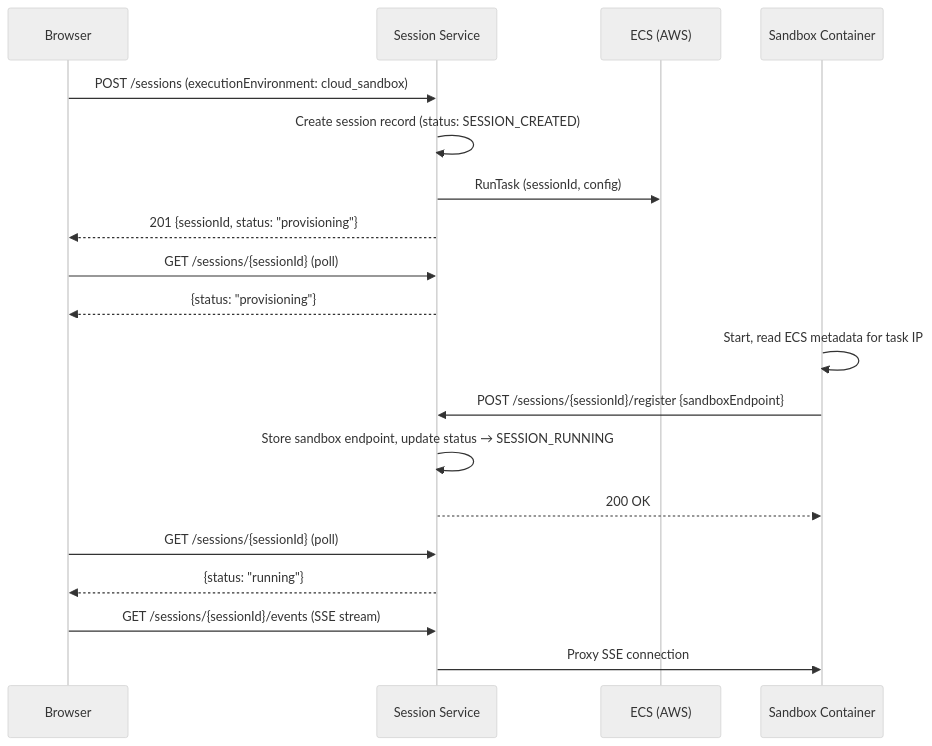
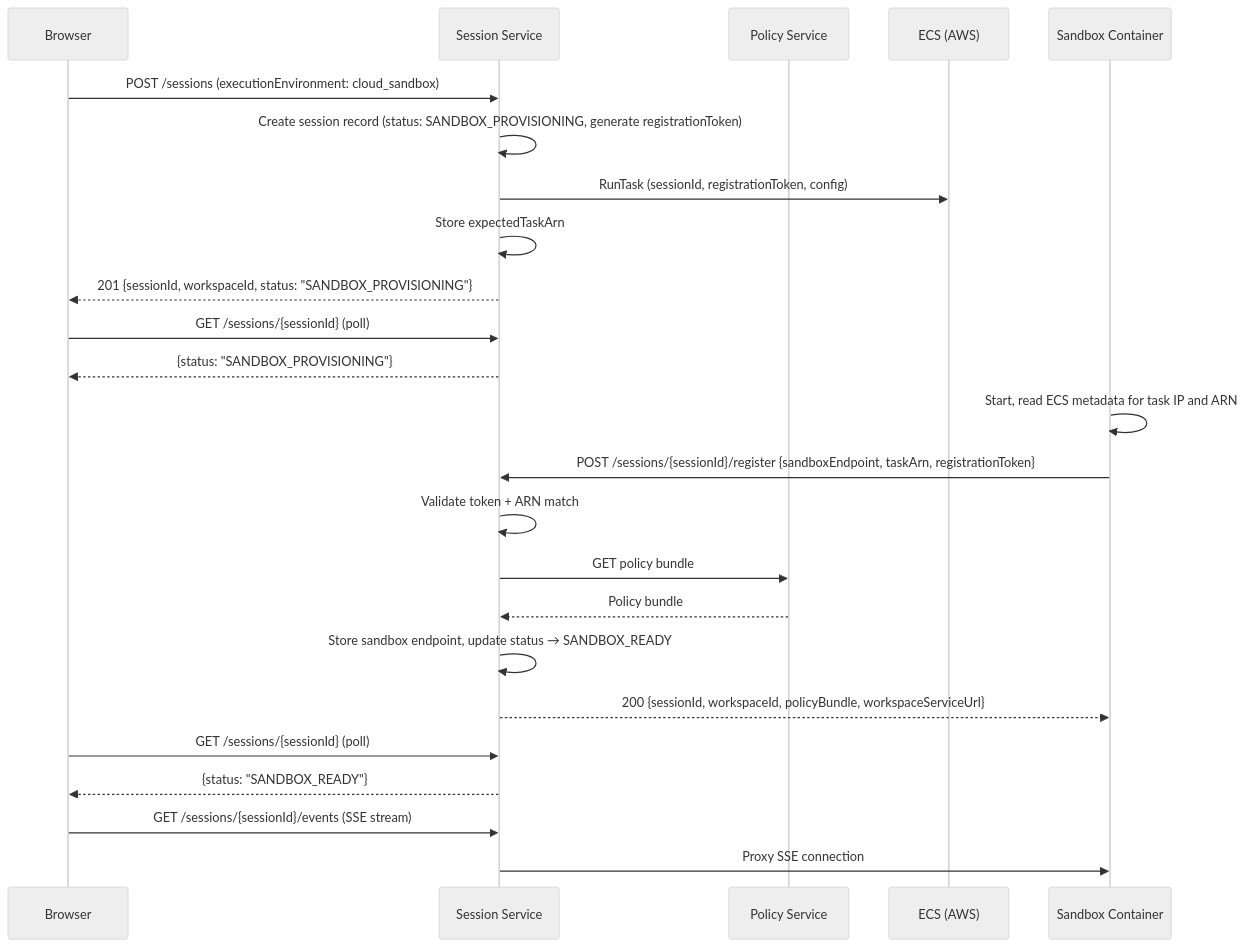
One commit to suman724/cowork-infra changed the second of 6 diagrams in docs/components/web-execution.md. Above: the diagram before and after it, drawn with Mermaid (neutral theme). The commit also changed other lines of this file and 10 other files, not shown here.

````diff
--- a/docs/components/web-execution.md
+++ b/docs/components/web-execution.md
@@ -95,25 +95,30 @@
 ```mermaid
 sequenceDiagram
   participant Browser as Browser
   participant SS as Session Service
+  participant PS as Policy Service
   participant ECS as ECS (AWS)
   participant Sandbox as Sandbox Container
 
   Browser->>SS: POST /sessions (executionEnvironment: cloud_sandbox)
-  SS->>SS: Create session record (status: SESSION_CREATED)
-  SS->>ECS: RunTask (sessionId, config)
-  SS-->>Browser: 201 {sessionId, status: "provisioning"}
+  SS->>SS: Create session record (status: SANDBOX_PROVISIONING, generate registrationToken)
+  SS->>ECS: RunTask (sessionId, registrationToken, config)
+  SS->>SS: Store expectedTaskArn
+  SS-->>Browser: 201 {sessionId, workspaceId, status: "SANDBOX_PROVISIONING"}
 
   Browser->>SS: GET /sessions/{sessionId} (poll)
-  SS-->>Browser: {status: "provisioning"}
+  SS-->>Browser: {status: "SANDBOX_PROVISIONING"}
 
-  Sandbox->>Sandbox: Start, read ECS metadata for task IP
-  Sandbox->>SS: POST /sessions/{sessionId}/register {sandboxEndpoint}
-  SS->>SS: Store sandbox endpoint, update status → SESSION_RUNNING
-  SS-->>Sandbox: 200 OK
+  Sandbox->>Sandbox: Start, read ECS metadata for task IP and ARN
+  Sandbox->>SS: POST /sessions/{sessionId}/register {sandboxEndpoint, taskArn, registrationToken}
+  SS->>SS: Validate token + ARN match
+  SS->>PS: GET policy bundle
+  PS-->>SS: Policy bundle
+  SS->>SS: Store sandbox endpoint, update status → SANDBOX_READY
+  SS-->>Sandbox: 200 {sessionId, workspaceId, policyBundle, workspaceServiceUrl}
 
   Browser->>SS: GET /sessions/{sessionId} (poll)
-  SS-->>Browser: {status: "running"}
+  SS-->>Browser: {status: "SANDBOX_READY"}
   Browser->>SS: GET /sessions/{sessionId}/events (SSE stream)
   SS->>Sandbox: Proxy SSE connection
 ```
````
